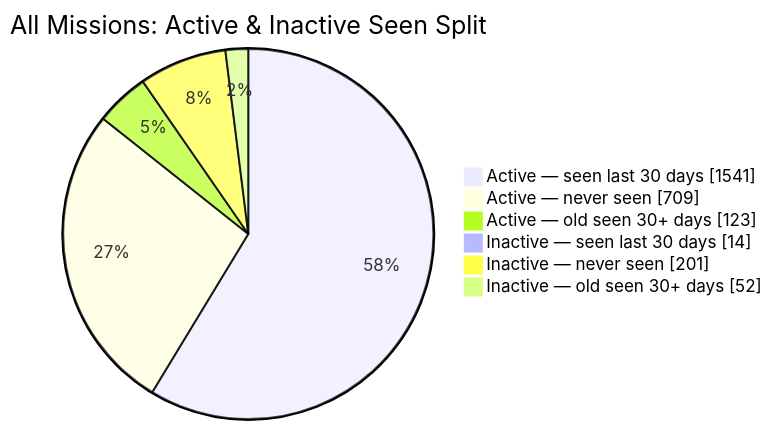
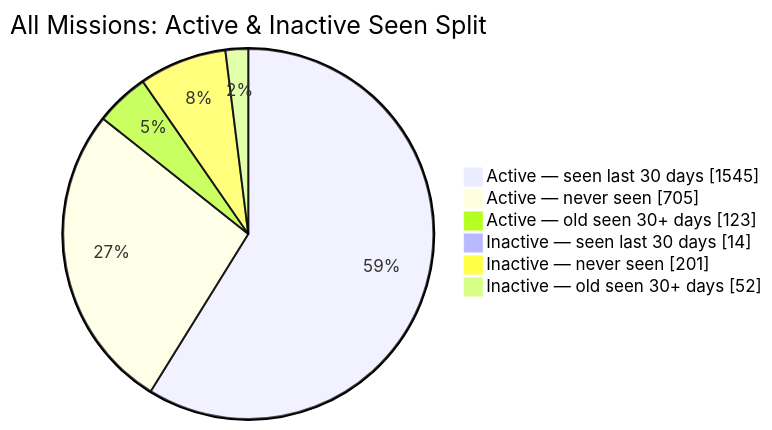
The second of 2 diagrams in README.md (MeldkamerspelGameTeam/active-missions), drawn with Mermaid before and after one commit. The commit also changed other lines of this file and 3 other files, not shown here.

````diff
--- a/README.md
+++ b/README.md
@@ -44,10 +44,10 @@
 ```mermaid
 pie showData
     title All Missions: Active & Inactive Seen Split
-    "Active — seen last 30 days" : 1541
-    "Active — never seen" : 709
+    "Active — seen last 30 days" : 1545
+    "Active — never seen" : 705
     "Active — old seen 30+ days" : 123
     "Inactive — seen last 30 days" : 14
     "Inactive — never seen" : 201
     "Inactive — old seen 30+ days" : 52
 ```
````
